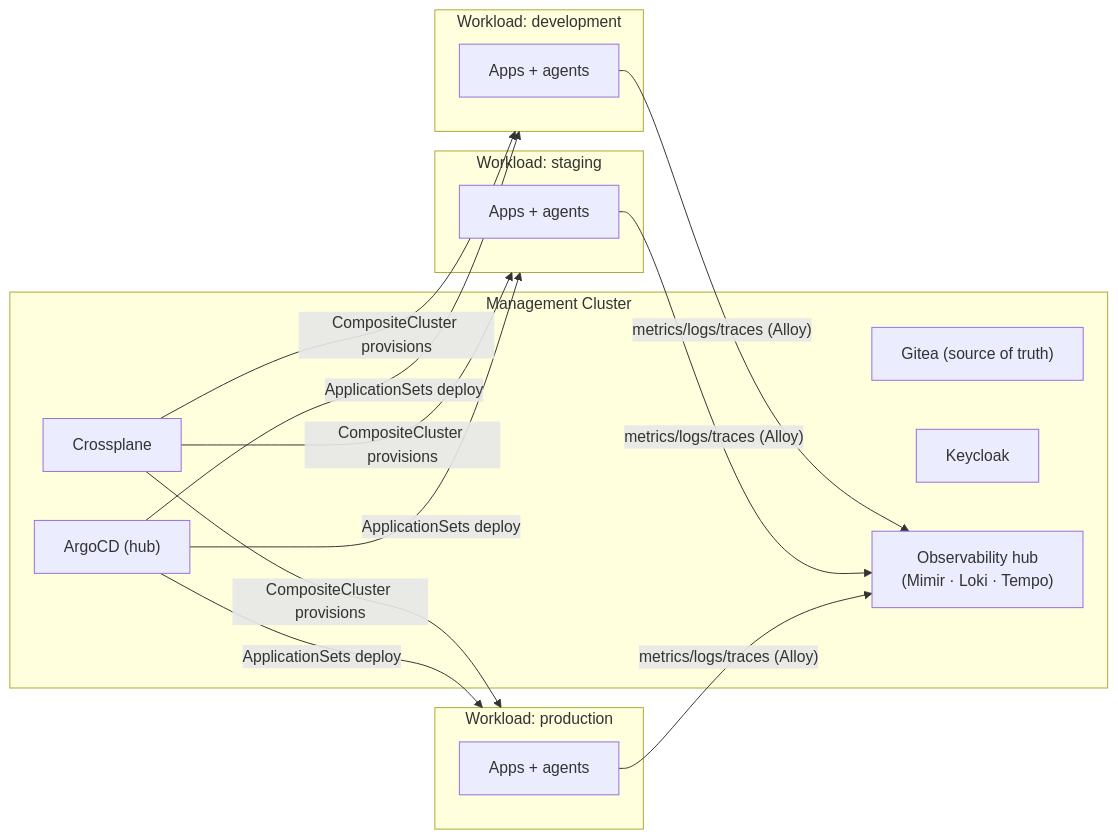
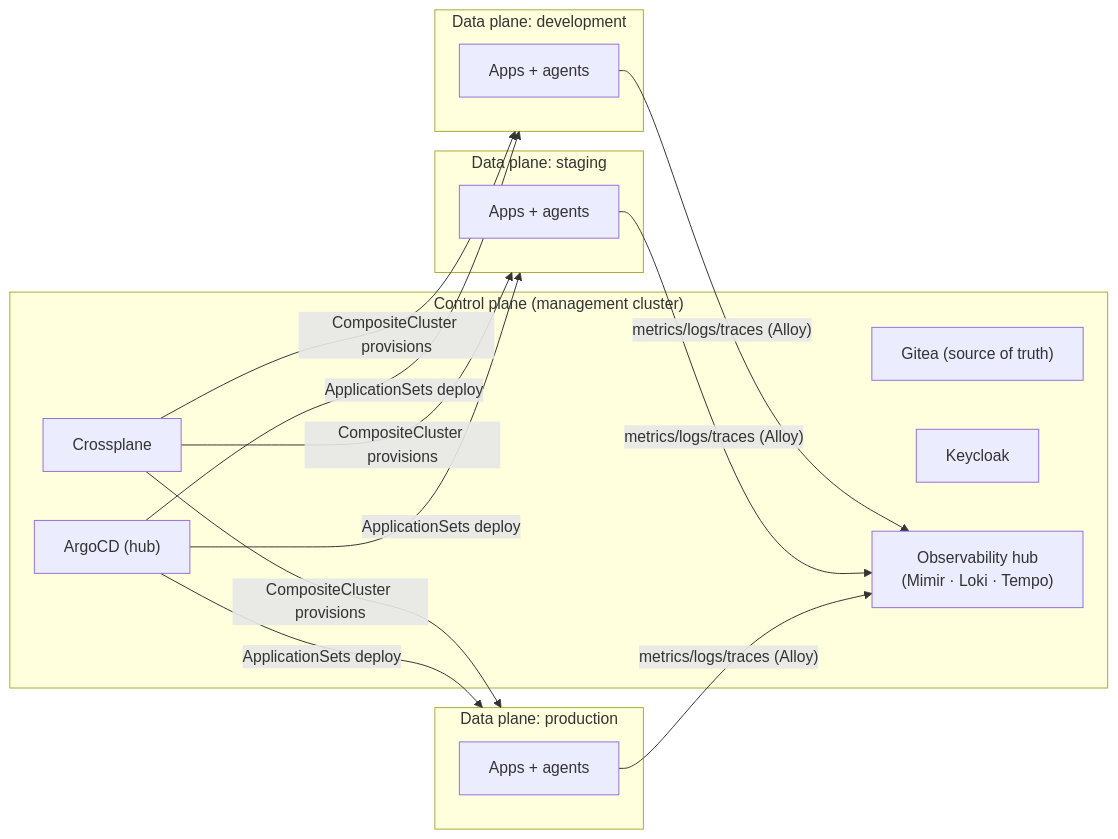
The third of 4 diagrams in docs/ARCHITECTURE.md (adhar-io/adhar), drawn with Mermaid before and after one commit. The commit also changed other lines of this file and 321 other files, not shown here.

````diff
--- a/docs/ARCHITECTURE.md
+++ b/docs/ARCHITECTURE.md
@@ -226,22 +297,22 @@
 ```mermaid
 flowchart LR
-    subgraph mgmt["Management Cluster"]
+    subgraph mgmt["Control plane (management cluster)"]
         gitea2["Gitea (source of truth)"]
         argo2["ArgoCD (hub)"]
         xp2["Crossplane"]
         kc["Keycloak"]
         obs2["Observability hub<br/>(Mimir · Loki · Tempo)"]
     end
-    subgraph dev["Workload: development"]
+    subgraph dev["Data plane: development"]
         wl1["Apps + agents"]
     end
-    subgraph stg["Workload: staging"]
+    subgraph stg["Data plane: staging"]
         wl2["Apps + agents"]
     end
-    subgraph prod["Workload: production"]
+    subgraph prod["Data plane: production"]
         wl3["Apps + agents"]
     end
     xp2 -- "CompositeCluster provisions" --> dev & stg & prod
     argo2 -- "ApplicationSets deploy" --> dev & stg & prod
     wl1 & wl2 & wl3 -- "metrics/logs/traces (Alloy)" --> obs2
 ```
````
